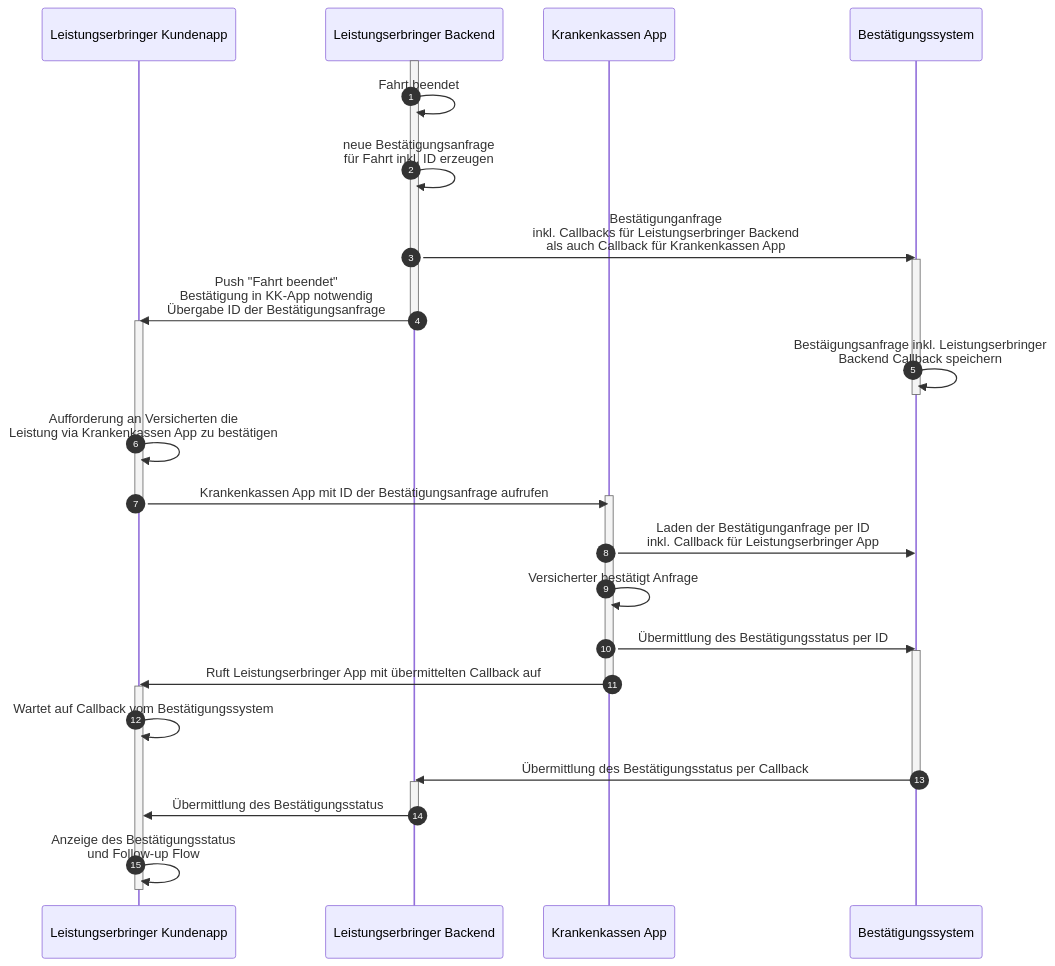
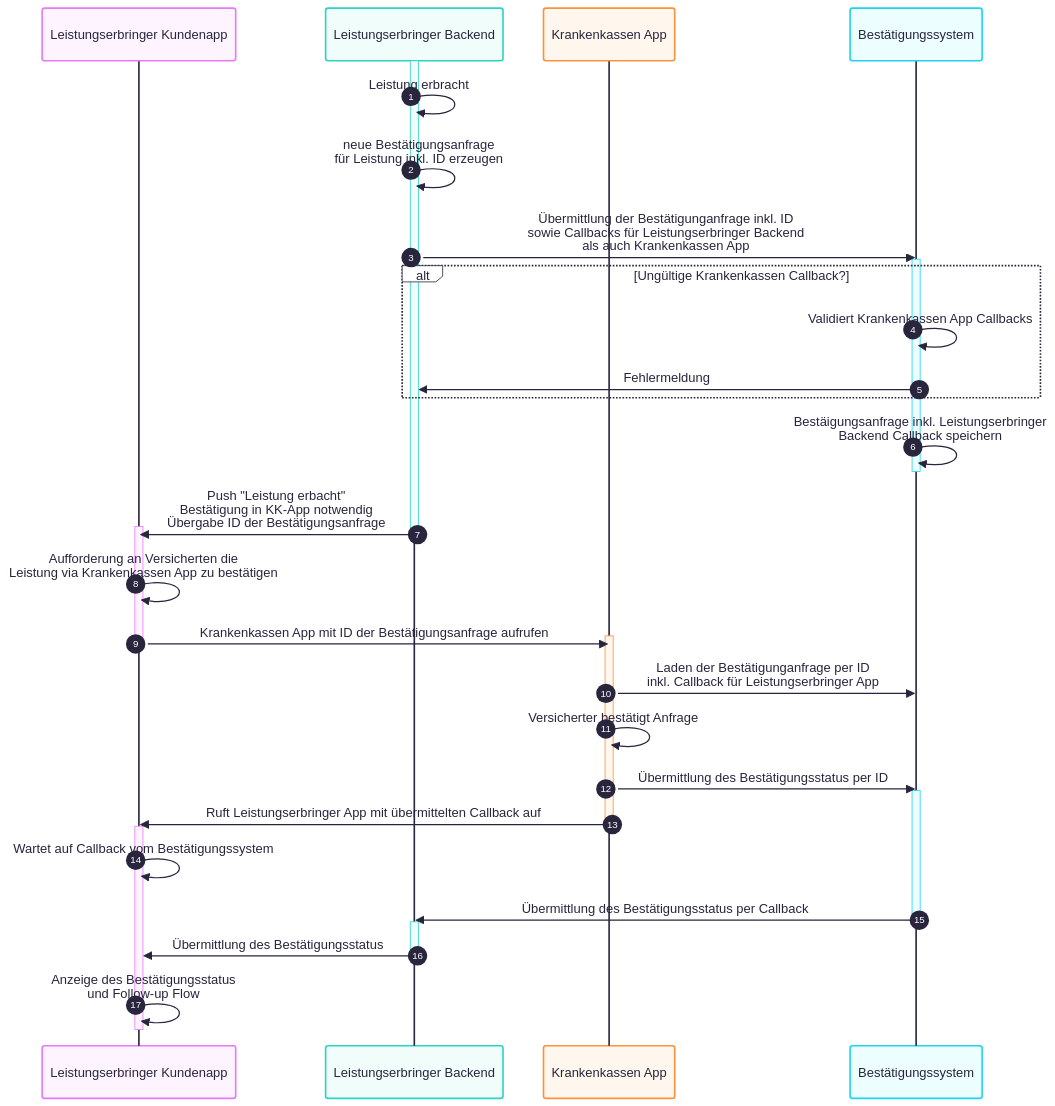
The diagram in APPFLOW.md (kreyssel/eLB), drawn with Mermaid before and after one commit.

Commit message:
Update workflow diagram for confirmation process

````diff
--- a/APPFLOW.md
+++ b/APPFLOW.md
@@ -7,39 +7,46 @@
 ```mermaid
+---
+config:
+  theme: redux-color
+---
 sequenceDiagram
     autonumber
     participant LER_APP as Leistungserbringer Kundenapp
     participant LER_BE as Leistungserbringer Backend
     participant KK_APP as Krankenkassen App
     participant BS as Bestätigungssystem
 
     activate LER_BE
-    LER_BE->>LER_BE: Fahrt beendet
-    LER_BE->>LER_BE: neue Bestätigungsanfrage<br>für Fahrt inkl. ID erzeugen
-    LER_BE->>BS: Bestätigunganfrage<br>inkl. Callbacks für Leistungserbringer Backend<br>als auch Callback für Krankenkassen App
+    LER_BE->>LER_BE: Leistung erbracht
+    LER_BE->>LER_BE: neue Bestätigungsanfrage<br>für Leistung inkl. ID erzeugen
+    LER_BE->>BS: Übermittlung der Bestätigunganfrage inkl. ID<br>sowie Callbacks für Leistungserbringer Backend<br>als auch Krankenkassen App
     activate BS
-    LER_BE->>LER_APP: Push "Fahrt beendet"<br>Bestätigung in KK-App notwendig<br>Übergabe ID der Bestätigungsanfrage
+    alt Ungültige Krankenkassen Callback?
+        BS->>BS: Validiert Krankenkassen App Callbacks
+        BS->>LER_BE: Fehlermeldung
+    end
+    BS->>BS: Bestäigungsanfrage inkl. Leistungserbringer<br>Backend Callback speichern
+    deactivate BS
+    LER_BE->>LER_APP: Push "Leistung erbacht"<br>Bestätigung in KK-App notwendig<br>Übergabe ID der Bestätigungsanfrage
     activate LER_APP
     deactivate LER_BE
-    BS->>BS: Bestäigungsanfrage inkl. Leistungserbringer<br>Backend Callback speichern
-    deactivate BS
     LER_APP->>LER_APP: Aufforderung an Versicherten die<br>Leistung via Krankenkassen App zu bestätigen
     LER_APP->>KK_APP: Krankenkassen App mit ID der Bestätigungsanfrage aufrufen
     activate KK_APP
     deactivate LER_APP
     KK_APP->>BS: Laden der Bestätigunganfrage per ID <br>inkl. Callback für Leistungserbringer App
     KK_APP->>KK_APP: Versicherter bestätigt Anfrage
     KK_APP->>BS: Übermittlung des Bestätigungsstatus per ID
     activate BS
     KK_APP->>LER_APP: Ruft Leistungserbringer App mit übermittelten Callback auf
     deactivate KK_APP
     activate LER_APP
     LER_APP->>LER_APP: Wartet auf Callback vom Bestätigungssystem
     BS->>LER_BE: Übermittlung des Bestätigungsstatus per Callback
     deactivate BS
     activate LER_BE
     LER_BE->>LER_APP: Übermittlung des Bestätigungsstatus 
     deactivate LER_BE
     LER_APP->>LER_APP: Anzeige des Bestätigungsstatus<br>und Follow-up Flow
     deactivate LER_APP
-
 ```
````
